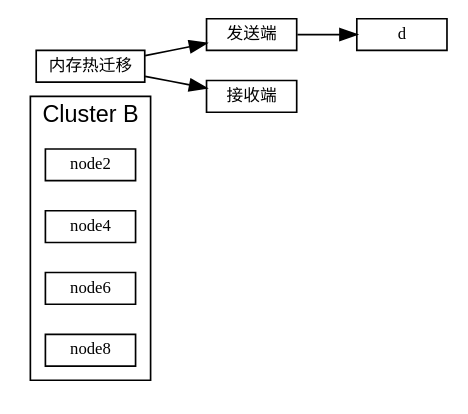
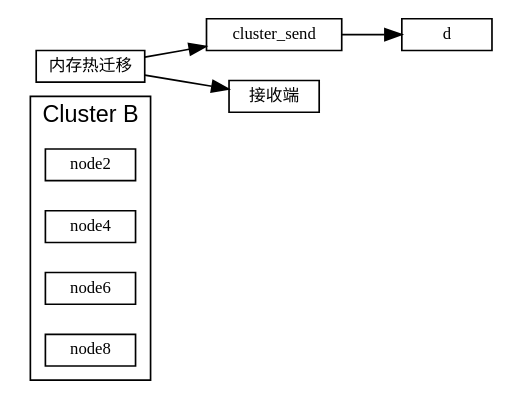
Before and after one commit to sisyphus1212/note: the diagram in 虚拟化/热迁移/1-内存热迁移.md, drawn with Graphviz.

Commit message:
auto_update

````diff
--- a/虚拟化/热迁移/1-内存热迁移.md
+++ b/虚拟化/热迁移/1-内存热迁移.md
@@ -11,21 +11,21 @@
 ```graphviz
 digraph 热迁移 {
 fontname="Helvetica,Arial,sans-serif"
 //node [fontname="Helvetica,Arial,sans-serif"]
 edge [fontname="Helvetica,Arial,sans-serif"]
 rankdir="LR"
 node [fontsize=10, shape=box, height=0.25]
 edge [fontsize=10]
 
   subgraph cluster_send {
     label="Cluster B";
     node2; node4; node6; node8;
   }
 
 内存热迁移 [label="内存热迁移"]
-内存热迁移 -> 发送端
+内存热迁移 -> cluster_send
            -> d
 
 内存热迁移 -> 接收端
 }
 ```
````
